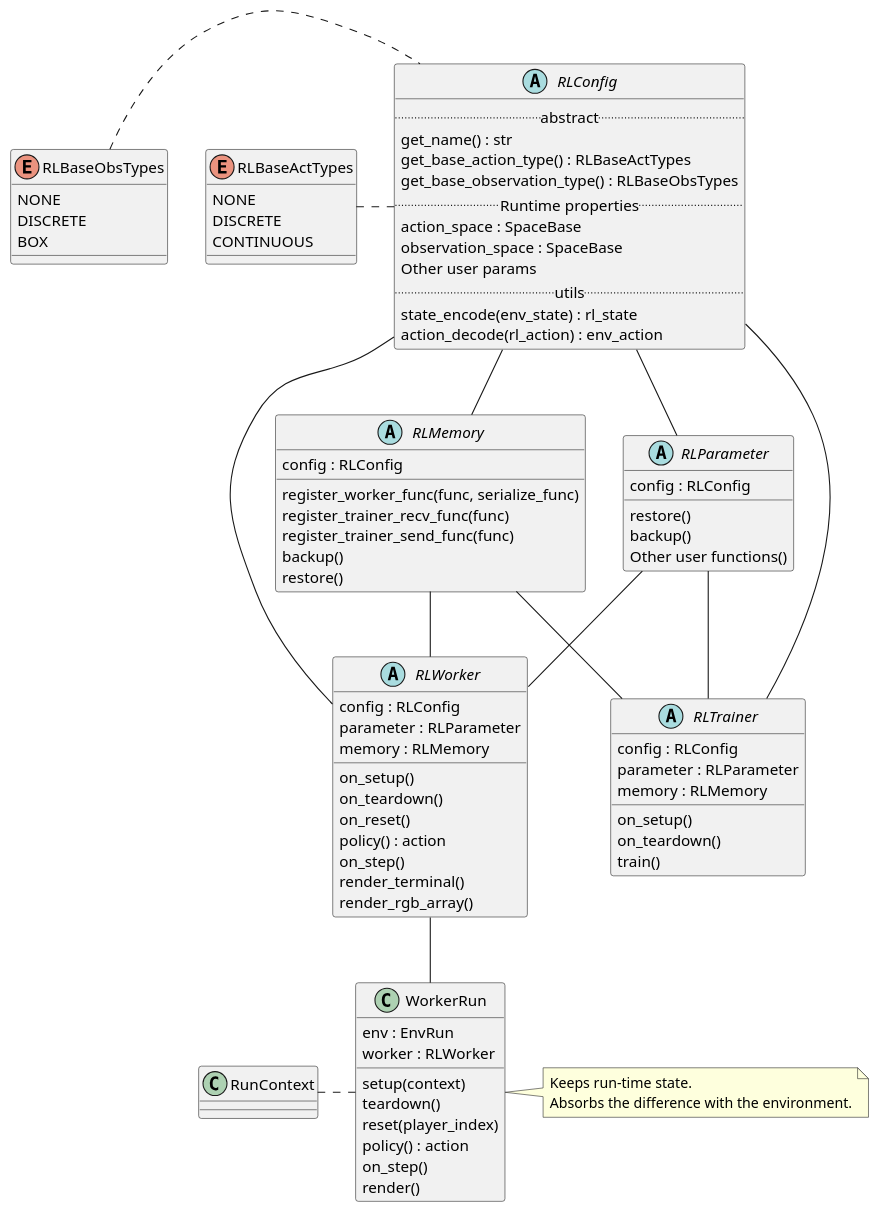
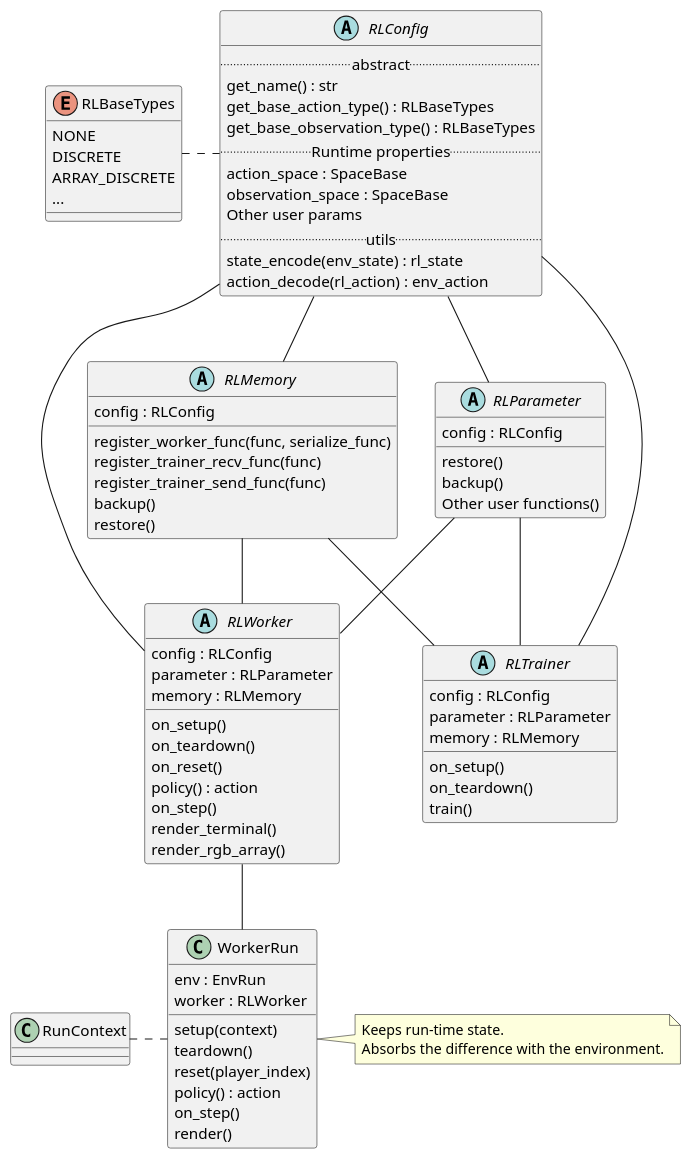
The diagram in diagrams/class_rl.pu (pocokhc/simple_distributed_rl), drawn with PlantUML before and after one commit. The commit also changed 39 other files, not shown here.

```diff
--- a/diagrams/class_rl.pu
+++ b/diagrams/class_rl.pu
@@ -1,102 +1,97 @@
 @startuml class_rl
 
-enum RLBaseActTypes {
+enum RLBaseTypes {
     NONE
     DISCRETE
-    CONTINUOUS
+    ARRAY_DISCRETE
+    ...
 }
 
-enum RLBaseObsTypes {
-    NONE
-    DISCRETE
-    BOX
-}
 
 abstract RLConfig {
     .. abstract ..
     get_name() : str
-    get_base_action_type() : RLBaseActTypes
-    get_base_observation_type() : RLBaseObsTypes
+    get_base_action_type() : RLBaseTypes
+    get_base_observation_type() : RLBaseTypes
     .. Runtime properties ..
     action_space : SpaceBase
     observation_space : SpaceBase
     Other user params
     .. utils ..
     state_encode(env_state) : rl_state
     action_decode(rl_action) : env_action
 }
 
 
 abstract RLMemory {
     config : RLConfig
     register_worker_func(func, serialize_func)
     register_trainer_recv_func(func)
     register_trainer_send_func(func)
     backup()
     restore()
 }
 
 
 abstract RLParameter {
     config : RLConfig
     restore()
     backup()
     Other user functions()
 }
 
 
 abstract RLTrainer {
     config : RLConfig
     parameter : RLParameter
     memory : RLMemory
     on_setup()
     on_teardown()
     train()
 }
 
 
 abstract RLWorker {
     config : RLConfig
     parameter : RLParameter
     memory : RLMemory
     on_setup()
     on_teardown()
     on_reset()
     policy() : action
     on_step()
     render_terminal()
     render_rgb_array()
 }
 RLWorker -- WorkerRun
 
 
 class RunContext {}
 class WorkerRun {
     env : EnvRun
     worker : RLWorker
     setup(context)
     teardown()
     reset(player_index)
     policy() : action
     on_step()
     render()
 
 }
 note "Keeps run-time state.\nAbsorbs the difference with the environment." as WorkerRunMemo
 WorkerRun . WorkerRunMemo
 RunContext . WorkerRun
 
-RLBaseActTypes . RLConfig
-RLBaseObsTypes . RLConfig
+RLBaseTypes . RLConfig
 
 RLConfig --- RLWorker
 RLConfig --- RLTrainer
 RLConfig -- RLParameter
 RLConfig -- RLMemory
 
 RLParameter -- RLWorker
 RLParameter -- RLTrainer
 RLMemory -- RLWorker
 RLMemory -- RLTrainer
 
 @enduml
```
